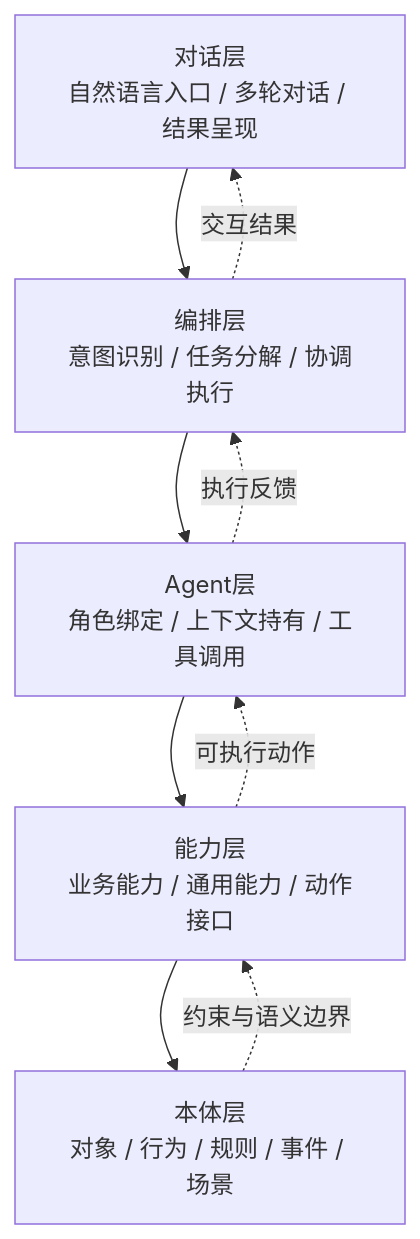
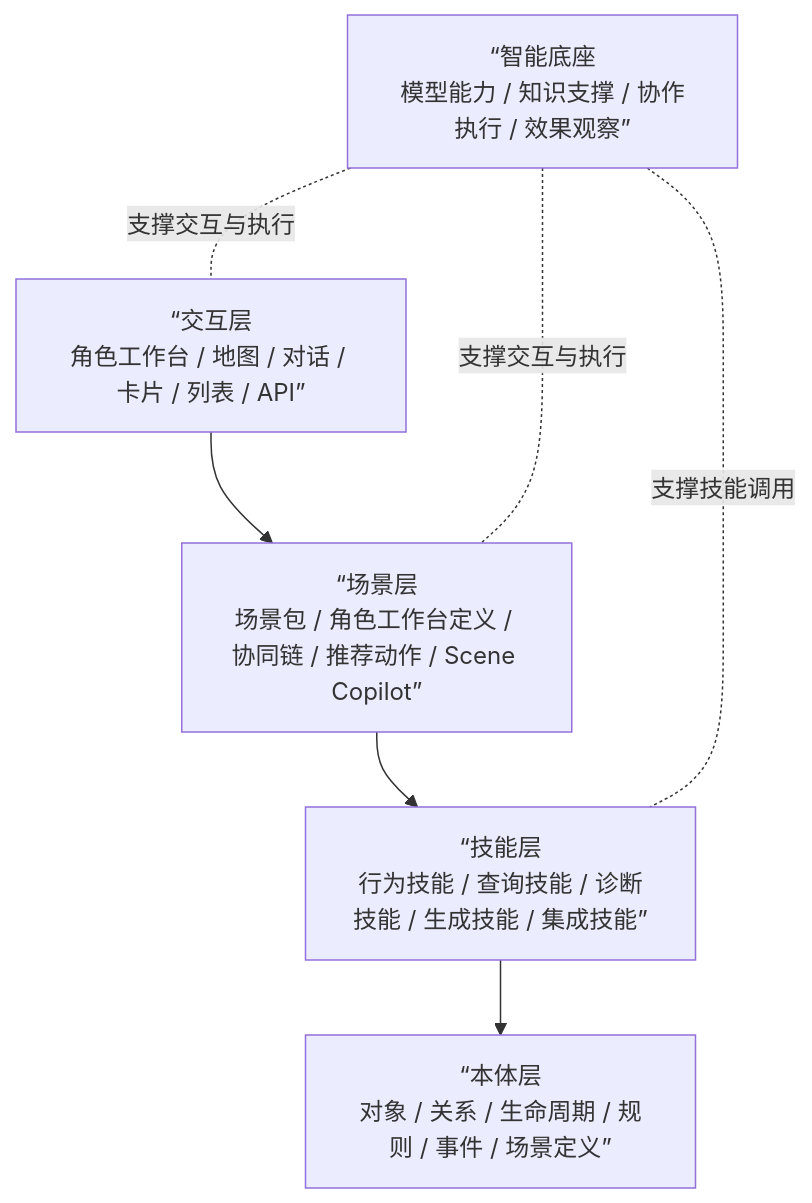
The first of 2 diagrams in docs/articles/01-ai-native-app-platform-from-crm.md (weeks1743/ontology), drawn with Mermaid before and after one commit. The commit also changed other lines of this file and 26 other files, not shown here.

````diff
--- a/docs/articles/01-ai-native-app-platform-from-crm.md
+++ b/docs/articles/01-ai-native-app-platform-from-crm.md
@@ -99,18 +95,10 @@
 ```mermaid
 flowchart TB
-    L5["对话层<br/>自然语言入口 / 多轮对话 / 结果呈现"]
-    L4["编排层<br/>意图识别 / 任务分解 / 协调执行"]
-    L3["Agent层<br/>角色绑定 / 上下文持有 / 工具调用"]
-    L2["能力层<br/>业务能力 / 通用能力 / 动作接口"]
-    L1["本体层<br/>对象 / 行为 / 规则 / 事件 / 场景"]
+    L4[“交互层<br/>角色工作台 / 地图 / 对话 / 卡片 / 列表 / API”] --> L3[“场景层<br/>场景包 / 角色工作台定义 / 协同链 / 推荐动作 / Scene Copilot”]
+    L3 --> L2[“技能层<br/>行为技能 / 查询技能 / 诊断技能 / 生成技能 / 集成技能”]
+    L2 --> L1[“本体层<br/>对象 / 关系 / 生命周期 / 规则 / 事件 / 场景定义”]
 
-    L5 --> L4
-    L4 --> L3
-    L3 --> L2
-    L2 --> L1
-
-    L1 -.约束与语义边界.-> L2
-    L2 -.可执行动作.-> L3
-    L3 -.执行反馈.-> L4
-    L4 -.交互结果.-> L5
+    B[“智能底座<br/>模型能力 / 知识支撑 / 协作执行 / 效果观察”] -.支撑交互与执行.- L4
+    B -.支撑交互与执行.- L3
+    B -.支撑技能调用.- L2
 ```
````
